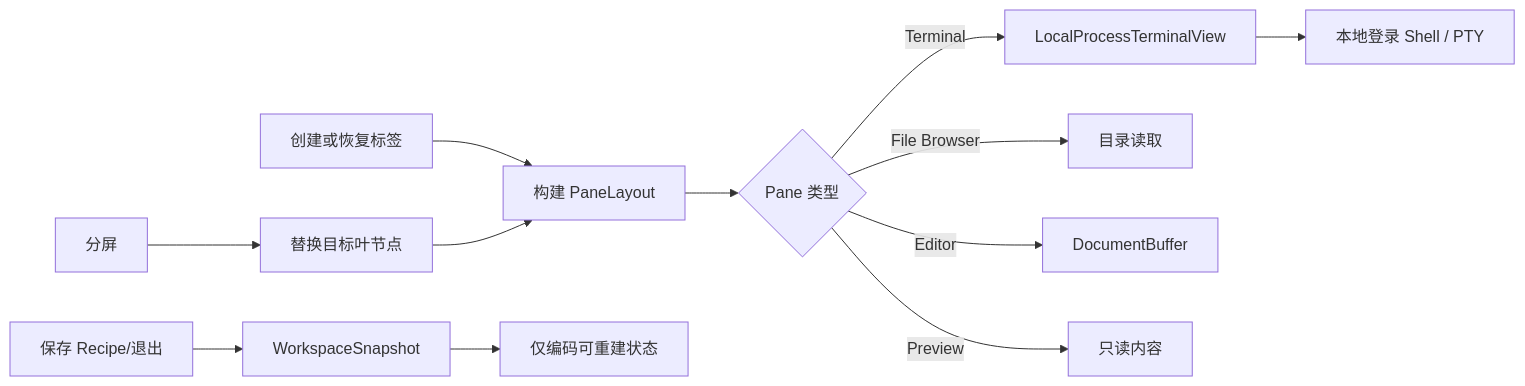
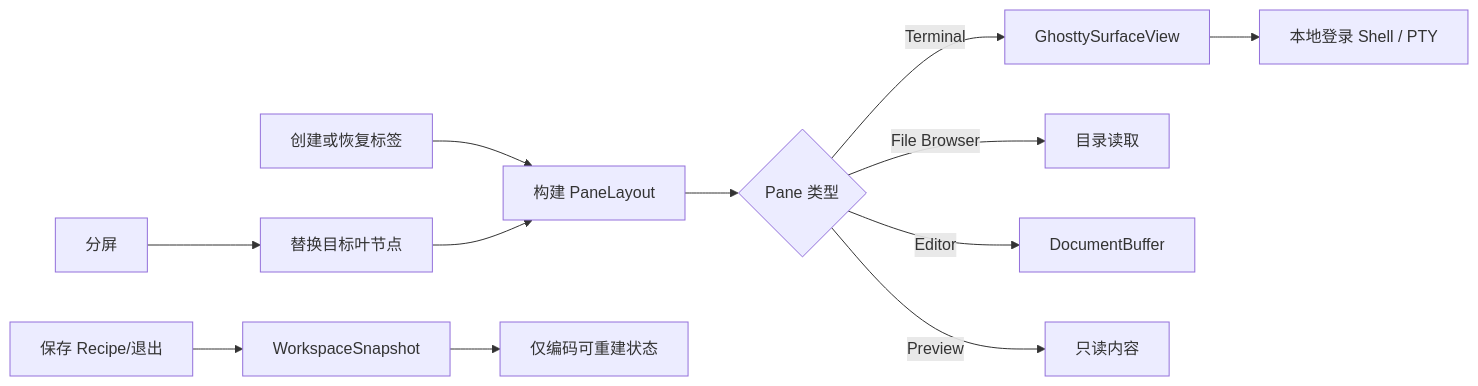
The first of 5 diagrams in docs/developer/terminal-domain.md (rambocode/aster), drawn with Mermaid before and after one commit. The commit also changed other lines of this file and 29 other files, not shown here.

````diff
--- a/docs/developer/terminal-domain.md
+++ b/docs/developer/terminal-domain.md
@@ -57,14 +57,14 @@
 ```mermaid
 flowchart LR
   A[创建或恢复标签] --> B[构建 PaneLayout]
   B --> C{Pane 类型}
-  C -->|Terminal| D[LocalProcessTerminalView]
+  C -->|Terminal| D[GhosttySurfaceView]
   C -->|File Browser| E[目录读取]
   C -->|Editor| F[DocumentBuffer]
   C -->|Preview| G[只读内容]
   D --> H[本地登录 Shell / PTY]
   I[分屏] --> J[替换目标叶节点]
   J --> B
   K[保存 Recipe/退出] --> L[WorkspaceSnapshot]
   L --> M[仅编码可重建状态]
 ```
````
